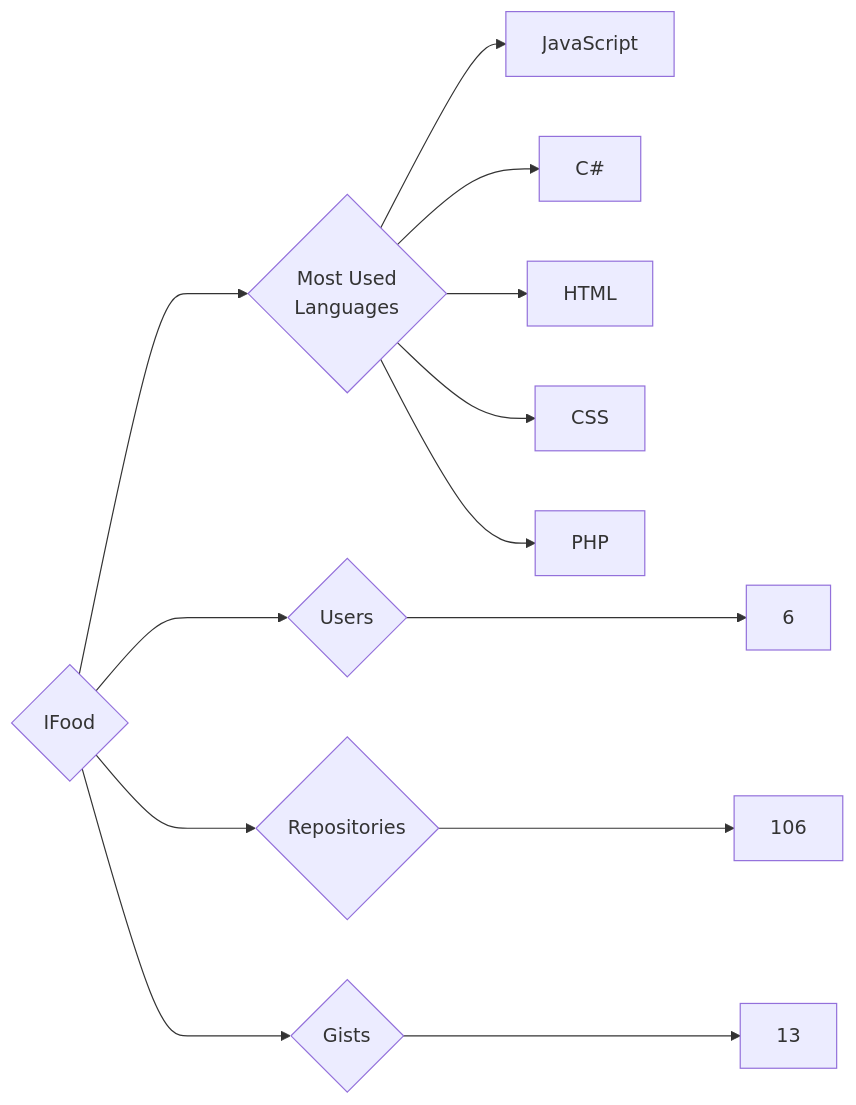
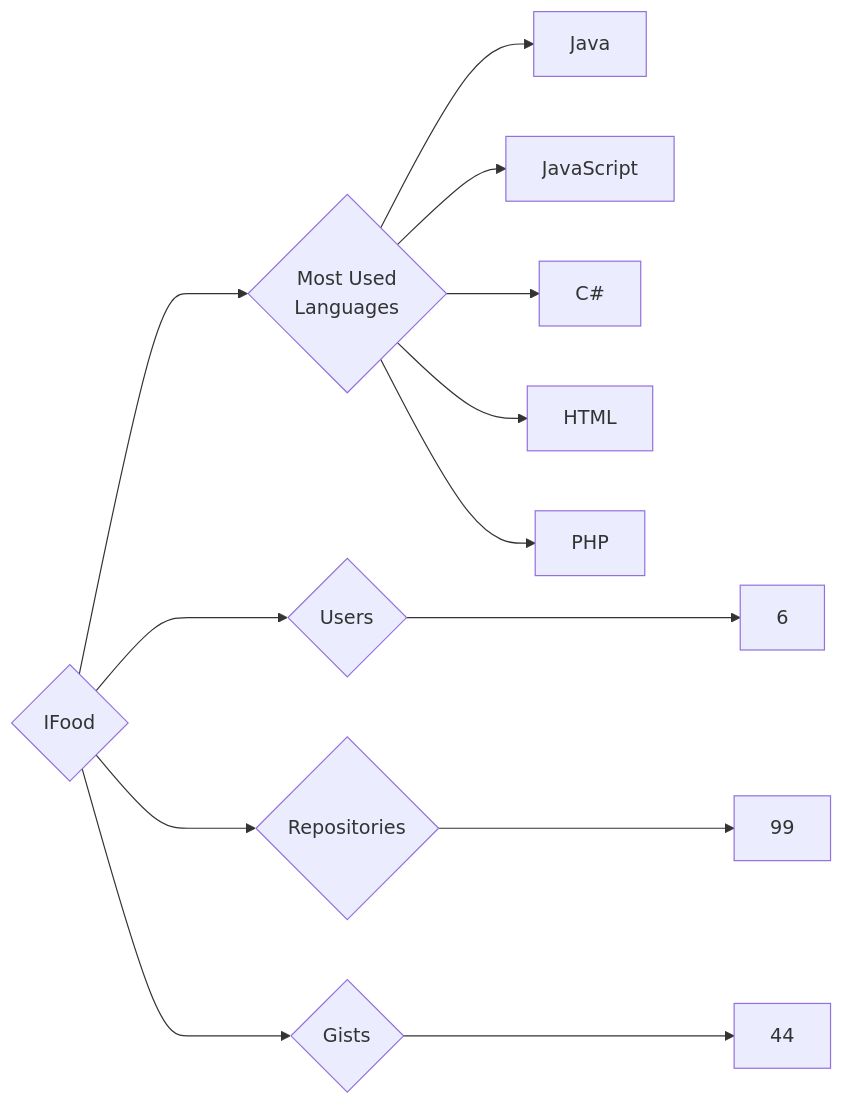
Before and after one commit to trickest/insiders: the diagram in targets/IFood/README.md, drawn with Mermaid. The commit also changed 988 other files, not shown here.

````diff
--- a/targets/IFood/README.md
+++ b/targets/IFood/README.md
@@ -3,13 +3,13 @@
 ```mermaid
 graph LR
 COMPANY_NAME{IFood}
 COMPANY_NAME ---> U{Users} ---> UN[6]
-COMPANY_NAME ---> R{Repositories} ---> RN[106]
-COMPANY_NAME ---> G{Gists} ---> GN[13]
+COMPANY_NAME ---> R{Repositories} ---> RN[99]
+COMPANY_NAME ---> G{Gists} ---> GN[44]
 COMPANY_NAME ---> ML{Most Used<br>Languages}
+ML --> Java[Java]
 ML --> JavaScript[JavaScript]
 ML --> C#[C#]
 ML --> HTML[HTML]
-ML --> CSS[CSS]
 ML --> PHP[PHP]
 ```
````
